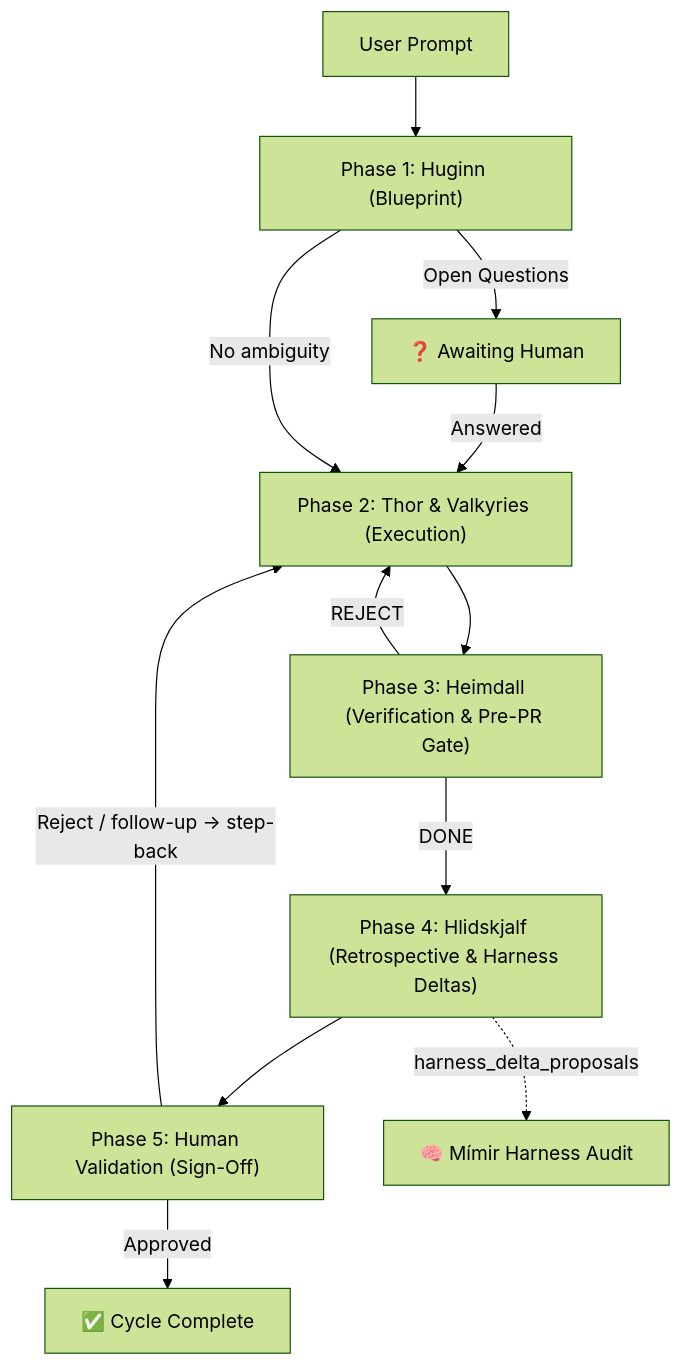
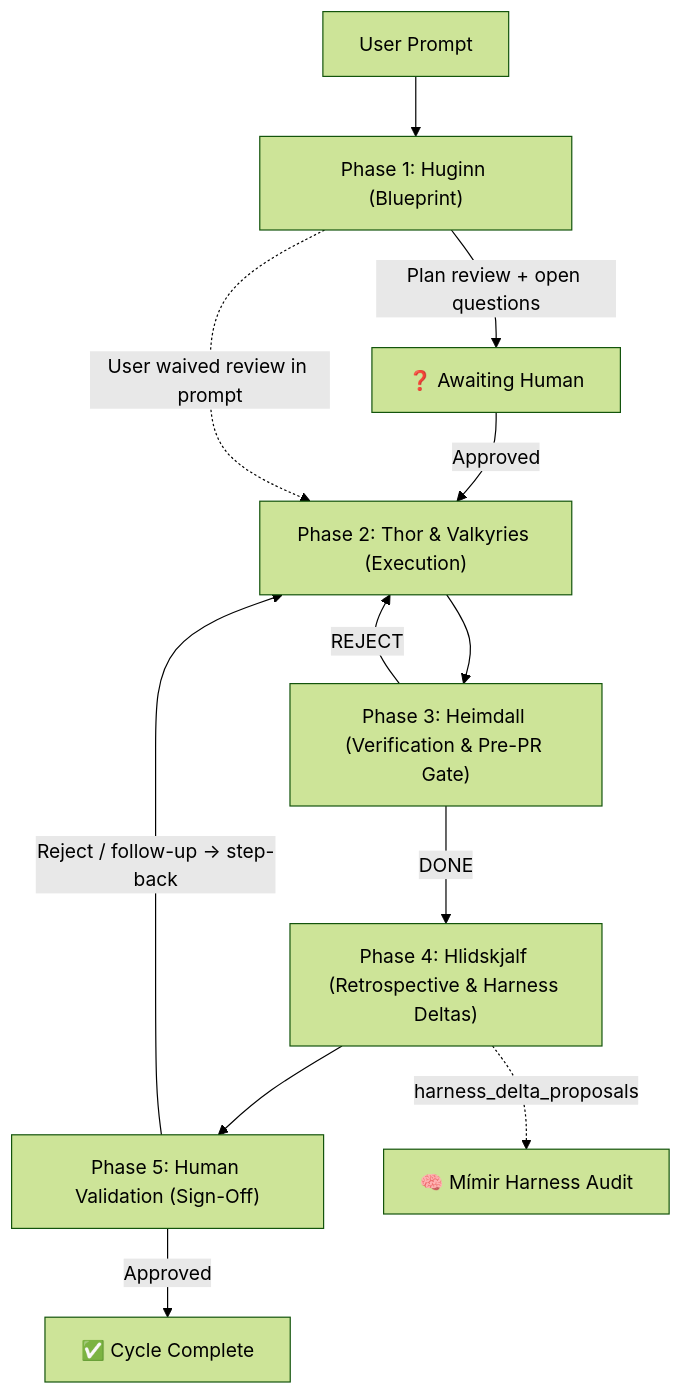
Before and after one commit to Conor-Hinchee/odin: the diagram in skills/odin/SKILL.md, drawn with Mermaid (forest theme). The commit also changed other lines of this file, not shown here.

Commit message:
Always pause for plan review before Phase 2
Applies delta-prune-old-blog-posts-01. Huginn judged a content-deletion
plan trivial and skipped the blueprint review, running Phase 2 before
the human approved. Plan review is now mandatory unless the user waives
it in their prompt, and deleting content, files or data never counts as
trivial. The flow diagram's "No ambiguity" shortcut becomes a dotted
"User waived review" edge.

````diff
--- a/skills/odin/SKILL.md
+++ b/skills/odin/SKILL.md
@@ -96,14 +96,14 @@
 ```mermaid
 graph TD
     A["User Prompt"] --> B["Phase 1: Huginn (Blueprint)"]
-    B -->|Open Questions| Q["❓ Awaiting Human"]
-    Q -->|Answered| C["Phase 2: Thor & Valkyries (Execution)"]
-    B -->|No ambiguity| C
+    B -->|Plan review + open questions| Q["❓ Awaiting Human"]
+    Q -->|Approved| C["Phase 2: Thor & Valkyries (Execution)"]
+    B -.->|User waived review in prompt| C
     C --> D["Phase 3: Heimdall (Verification & Pre-PR Gate)"]
     D -->|DONE| E["Phase 4: Hlidskjalf (Retrospective & Harness Deltas)"]
     D -->|REJECT| C
     E --> H["Phase 5: Human Validation (Sign-Off)"]
     H -->|Reject / follow-up → step-back| C
     H -->|Approved| Z["✅ Cycle Complete"]
     E -.->|harness_delta_proposals| M["🧠 Mímir Harness Audit"]
 ```
````
